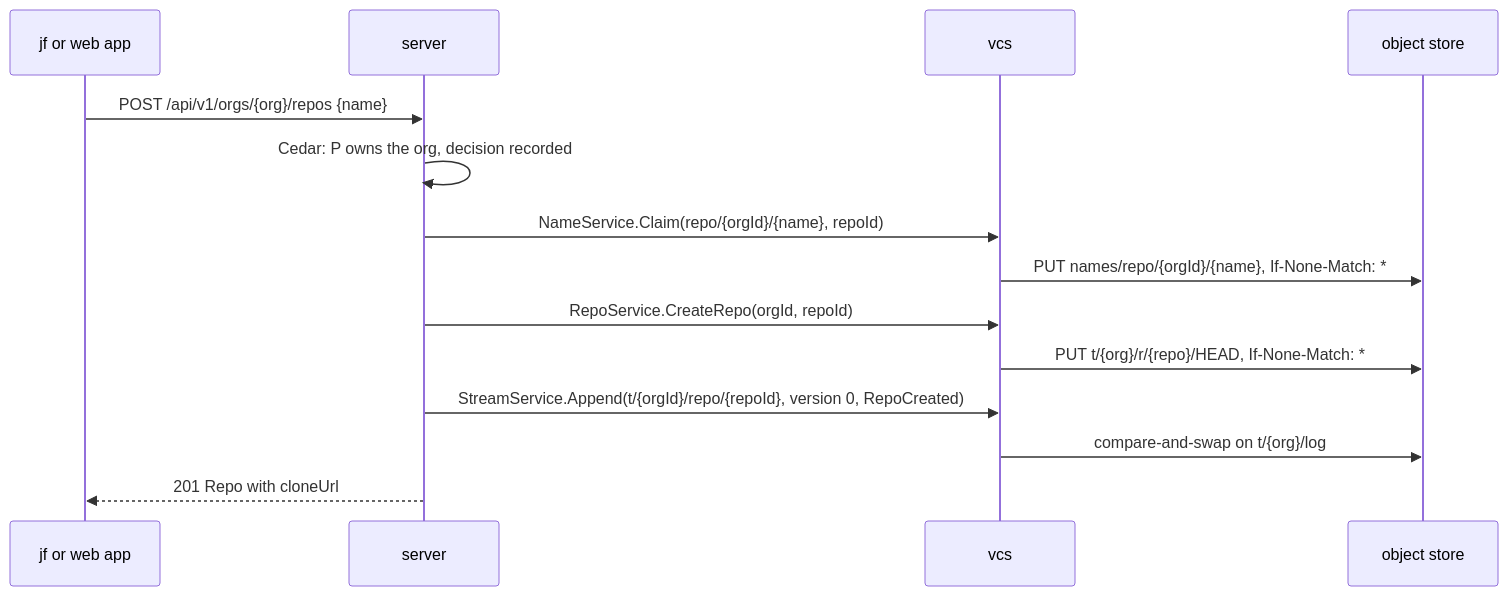
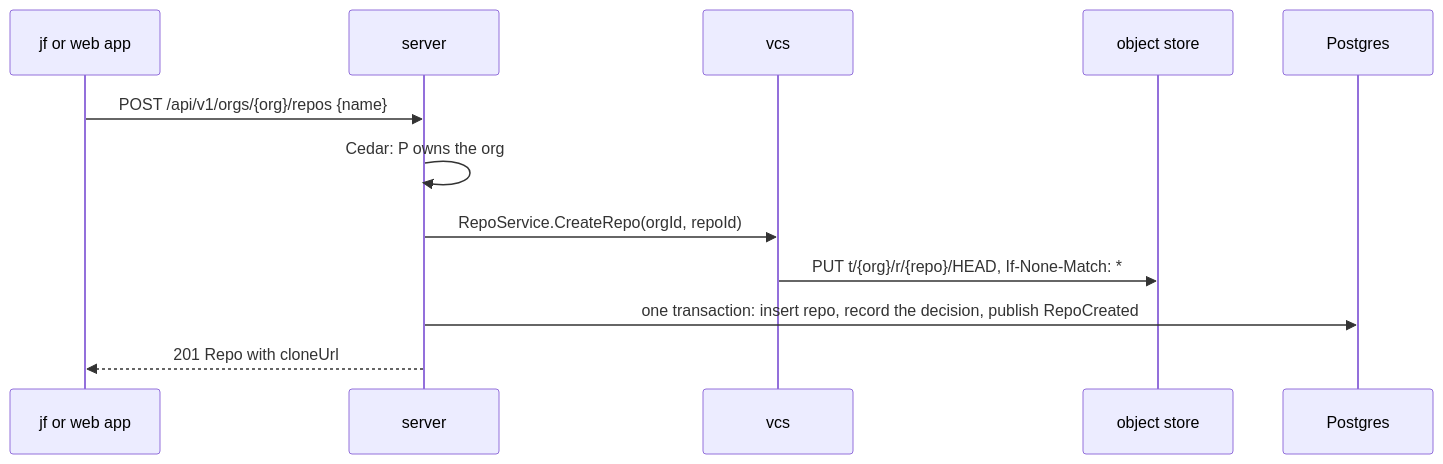
Before and after one commit to nca-apprentices/jjforge: the diagram in shared/docs/specs/23-orgs-and-repos.md, drawn with Mermaid. The commit also changed other lines of this file and 58 other files, not shown here.

First line of the commit message:
docs(adr)!: keep the server's state in Postgres and merge the ADRs

````diff
--- a/shared/docs/specs/23-orgs-and-repos.md
+++ b/shared/docs/specs/23-orgs-and-repos.md
@@ -60,17 +60,15 @@
 ```mermaid
 sequenceDiagram
     participant client as jf or web app
     participant server
     participant vcs
     participant store as object store
+    participant pg as Postgres
 
     client->>server: POST /api/v1/orgs/{org}/repos {name}
-    server->>server: Cedar: P owns the org, decision recorded
-    server->>vcs: NameService.Claim(repo/{orgId}/{name}, repoId)
-    vcs->>store: PUT names/repo/{orgId}/{name}, If-None-Match: *
+    server->>server: Cedar: P owns the org
     server->>vcs: RepoService.CreateRepo(orgId, repoId)
     vcs->>store: PUT t/{org}/r/{repo}/HEAD, If-None-Match: *
-    server->>vcs: StreamService.Append(t/{orgId}/repo/{repoId}, version 0, RepoCreated)
-    vcs->>store: compare-and-swap on t/{org}/log
+    server->>pg: one transaction: insert repo, record the decision, publish RepoCreated
     server-->>client: 201 Repo with cloneUrl
 ```
````
